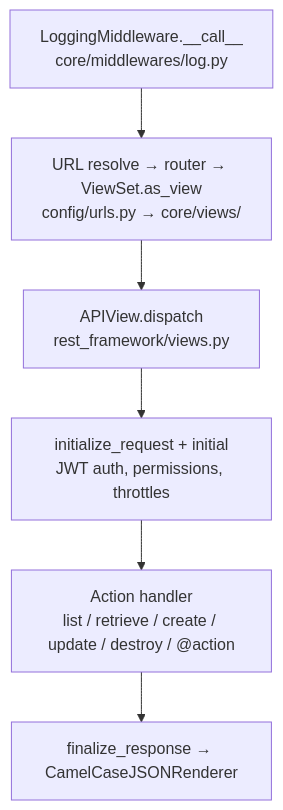
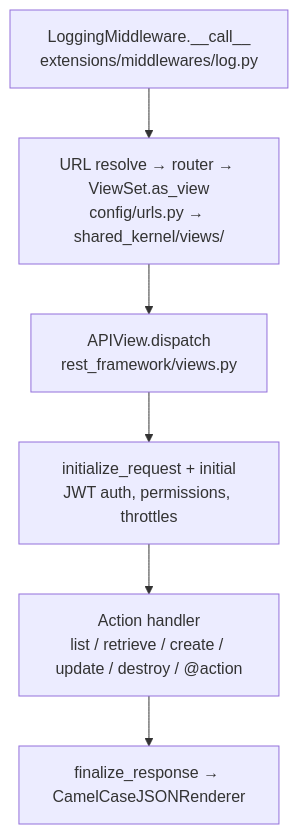
One commit to congppt/drf-start-kit changed the first of 5 diagrams in README.md. Above: the diagram before and after it, drawn with Mermaid. The commit also changed other lines of this file and 3 other files, not shown here.

First line of the commit message:
refactor: register shared_kernel and journal in project wiring

````diff
--- a/README.md
+++ b/README.md
@@ -767,11 +769,11 @@
 ```mermaid
 flowchart TD
-    MW["LoggingMiddleware.__call__<br/>core/middlewares/log.py"]
-    URL["URL resolve → router → ViewSet.as_view<br/>config/urls.py → core/views/"]
+    MW["LoggingMiddleware.__call__<br/>extensions/middlewares/log.py"]
+    URL["URL resolve → router → ViewSet.as_view<br/>config/urls.py → shared_kernel/views/"]
     DISPATCH["APIView.dispatch<br/>rest_framework/views.py"]
     INIT["initialize_request + initial<br/>JWT auth, permissions, throttles"]
     HANDLER["Action handler<br/>list / retrieve / create / update / destroy / @action"]
     RENDER["finalize_response → CamelCaseJSONRenderer"]
 
     MW --> URL --> DISPATCH --> INIT --> HANDLER --> RENDER
 ```
````
